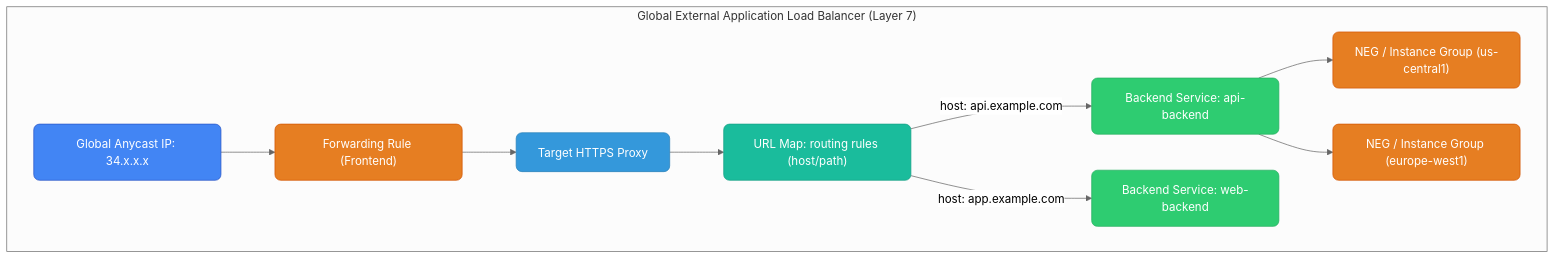
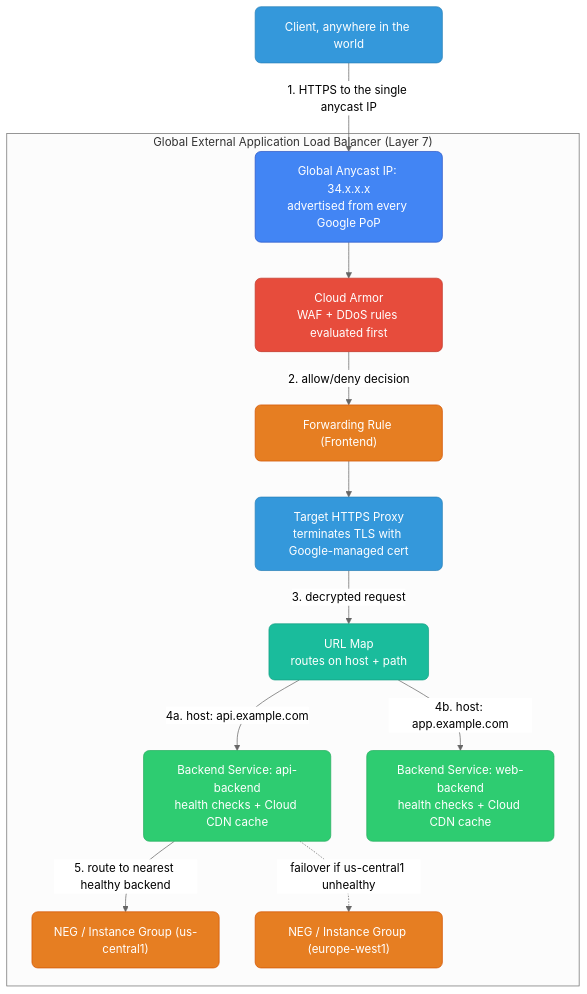
One commit to deepanshu-rawat6/DevOpsIndex changed the third of 6 diagrams in gcp/services-overview.md. Above: the diagram before and after it, drawn with Mermaid (neutral theme). The commit also changed other lines of this file and 14 other files, not shown here.

````diff
--- a/gcp/services-overview.md
+++ b/gcp/services-overview.md
@@ -115,25 +182,29 @@
 ```mermaid
 graph TD
     classDef blue fill:#3498db,stroke:#2980b9,color:#fff,rx:8
     classDef green fill:#2ecc71,stroke:#27ae60,color:#fff,rx:8
     classDef orange fill:#e67e22,stroke:#d35400,color:#fff,rx:8
     classDef teal fill:#1abc9c,stroke:#16a085,color:#fff,rx:8
     classDef gcp fill:#4285f4,stroke:#2a56c6,color:#fff,rx:8
+    classDef security fill:#e74c3c,stroke:#c0392b,color:#fff,rx:8
+
+    CLIENT["Client, anywhere in the world"]:::blue -->|"1. HTTPS to the single anycast IP"| ANYCAST
 
     subgraph Global["Global External Application Load Balancer (Layer 7)"]
-        ANYCAST["Global Anycast IP: 34.x.x.x"]:::gcp
+        ANYCAST["Global Anycast IP: 34.x.x.x<br/>advertised from every Google PoP"]:::gcp
+        ARMOR["Cloud Armor<br/>WAF + DDoS rules evaluated first"]:::security
         FWD["Forwarding Rule (Frontend)"]:::orange
-        PROXY["Target HTTPS Proxy"]:::blue
-        URLMAP["URL Map: routing rules (host/path)"]:::teal
-        BS1["Backend Service: api-backend"]:::green
-        BS2["Backend Service: web-backend"]:::green
+        PROXY["Target HTTPS Proxy<br/>terminates TLS with Google-managed cert"]:::blue
+        URLMAP["URL Map<br/>routes on host + path"]:::teal
+        BS1["Backend Service: api-backend<br/>health checks + Cloud CDN cache"]:::green
+        BS2["Backend Service: web-backend<br/>health checks + Cloud CDN cache"]:::green
         NEG1["NEG / Instance Group (us-central1)"]:::orange
         NEG2["NEG / Instance Group (europe-west1)"]:::orange
 
-        ANYCAST --> FWD --> PROXY --> URLMAP
-        URLMAP -->|"host: api.example.com"| BS1
-        URLMAP -->|"host: app.example.com"| BS2
-        BS1 --> NEG1
-        BS1 --> NEG2
+        ANYCAST --> ARMOR -->|"2. allow/deny decision"| FWD --> PROXY -->|"3. decrypted request"| URLMAP
+        URLMAP -->|"4a. host: api.example.com"| BS1
+        URLMAP -->|"4b. host: app.example.com"| BS2
+        BS1 -->|"5. route to nearest healthy backend"| NEG1
+        BS1 -.->|"failover if us-central1 unhealthy"| NEG2
     end
 ```
````
